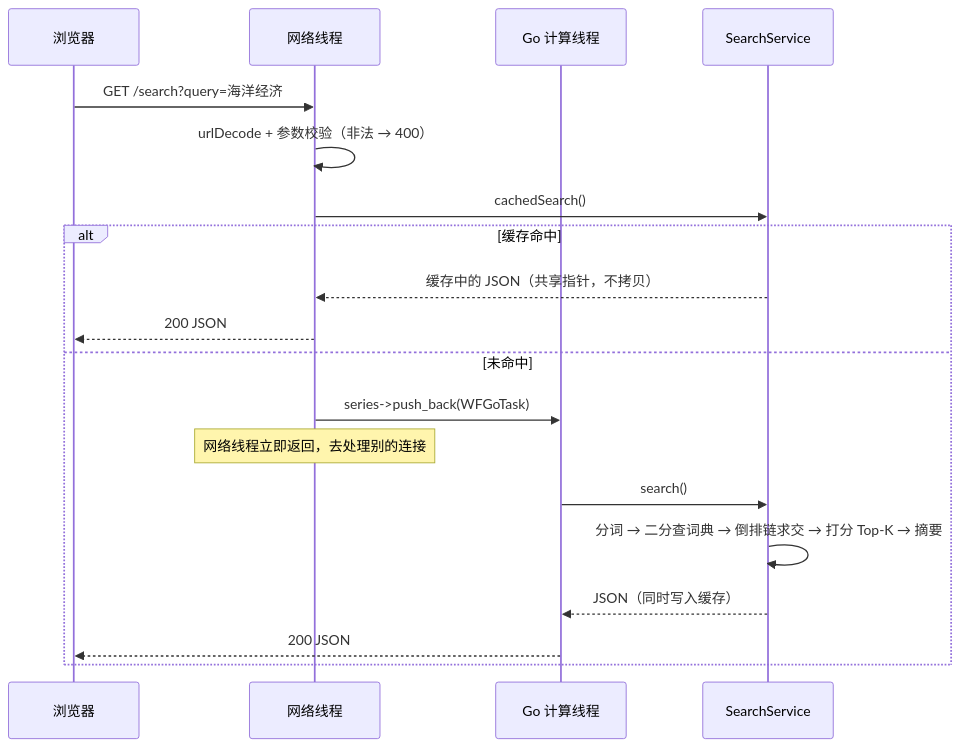
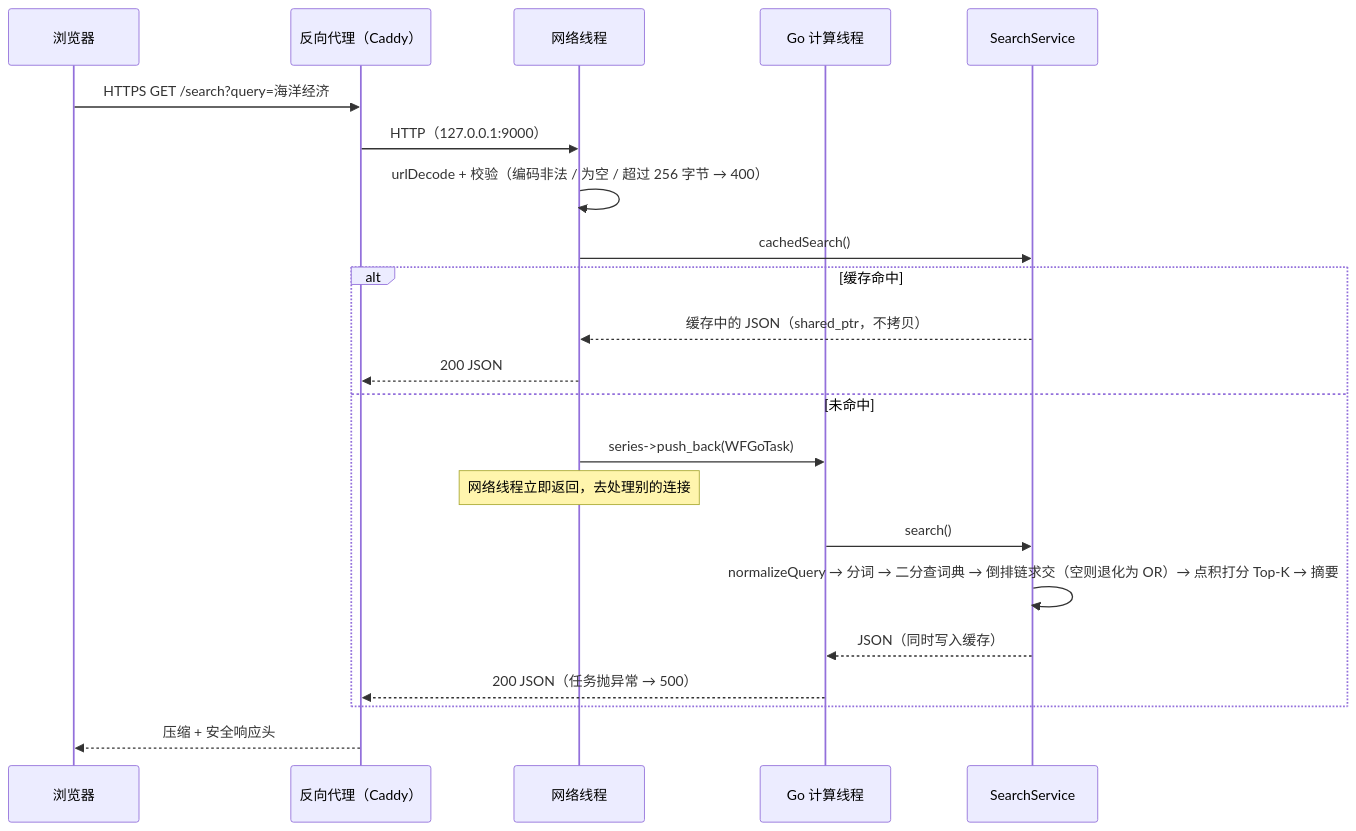
Before and after one commit to ZefanHu/SearchEngine: the third of 3 diagrams in ARCHITECTURE.md, drawn with Mermaid. The commit also changed other lines of this file and 3 other files, not shown here.

First line of the commit message:
docs: align ARCHITECTURE and README with the current code; add docs/DATA.md

````diff
--- a/ARCHITECTURE.md
+++ b/ARCHITECTURE.md
@@ -181,22 +302,25 @@
 ```mermaid
 sequenceDiagram
     participant C as 浏览器
+    participant P as 反向代理（Caddy）
     participant N as 网络线程
     participant G as Go 计算线程
     participant S as SearchService
 
-    C->>N: GET /search?query=海洋经济
-    N->>N: urlDecode + 参数校验（非法 → 400）
+    C->>P: HTTPS GET /search?query=海洋经济
+    P->>N: HTTP（127.0.0.1:9000）
+    N->>N: urlDecode + 校验（编码非法 / 为空 / 超过 256 字节 → 400）
     N->>S: cachedSearch()
     alt 缓存命中
-        S-->>N: 缓存中的 JSON（共享指针，不拷贝）
-        N-->>C: 200 JSON
+        S-->>N: 缓存中的 JSON（shared_ptr，不拷贝）
+        N-->>P: 200 JSON
     else 未命中
         N->>G: series->push_back(WFGoTask)
         Note over N: 网络线程立即返回，去处理别的连接
         G->>S: search()
-        S->>S: 分词 → 二分查词典 → 倒排链求交 → 打分 Top-K → 摘要
+        S->>S: normalizeQuery → 分词 → 二分查词典 → 倒排链求交（空则退化为 OR）→ 点积打分 Top-K → 摘要
         S-->>G: JSON（同时写入缓存）
-        G-->>C: 200 JSON
+        G-->>P: 200 JSON（任务抛异常 → 500）
     end
+    P-->>C: 压缩 + 安全响应头
 ```
````
